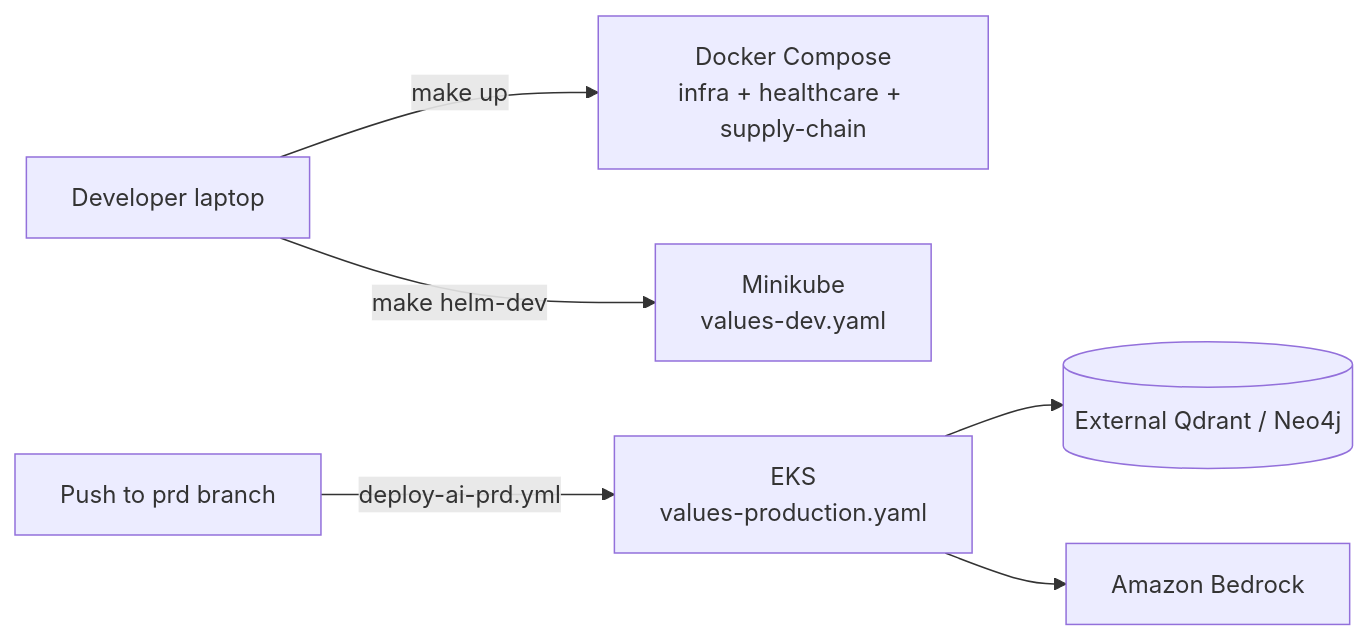
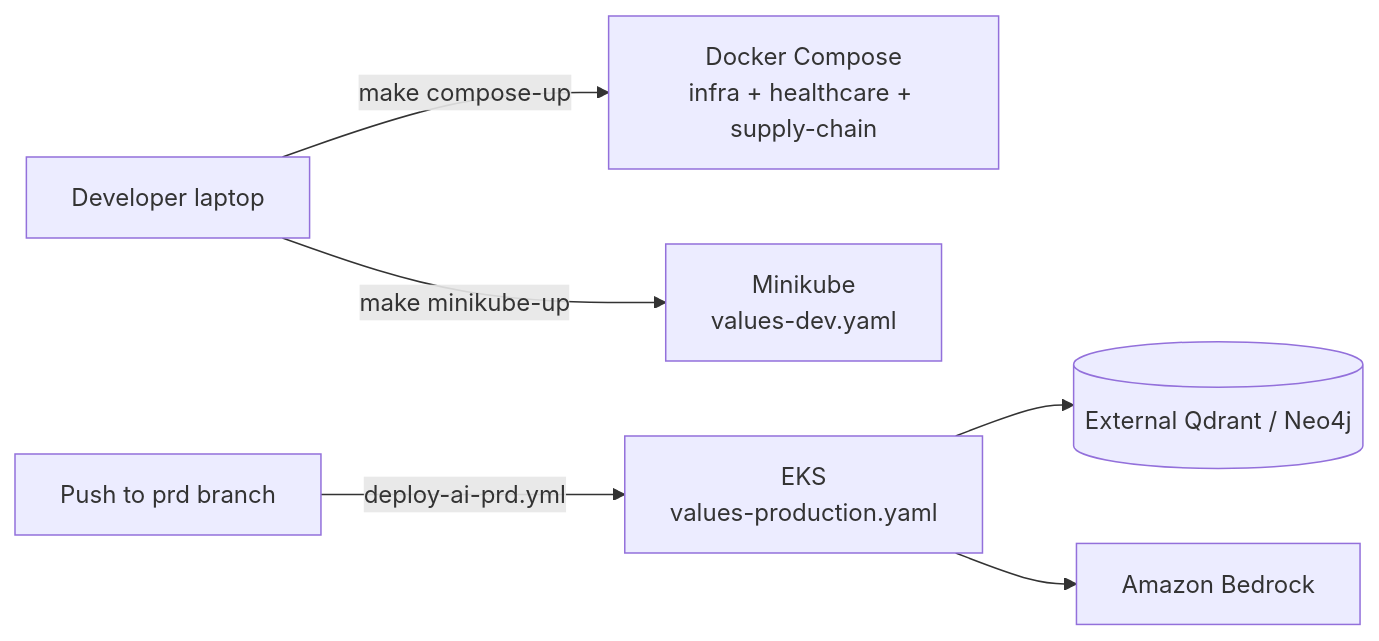
The diagram in docs/03_platform_blueprint.md (wchen-dea/Agentic-AI-Healthcare-GraphRAG), drawn with Mermaid before and after one commit. The commit also changed other lines of this file and 7 other files, not shown here.

````diff
--- a/docs/03_platform_blueprint.md
+++ b/docs/03_platform_blueprint.md
@@ -16,8 +16,8 @@
 ```mermaid
 flowchart LR
-    dev[Developer laptop] -->|make up| compose[Docker Compose<br/>infra + healthcare + supply-chain]
-    dev -->|make helm-dev| mk[Minikube<br/>values-dev.yaml]
+    dev[Developer laptop] -->|make compose-up| compose[Docker Compose<br/>infra + healthcare + supply-chain]
+    dev -->|make minikube-up| mk[Minikube<br/>values-dev.yaml]
     prd[Push to prd branch] -->|deploy-ai-prd.yml| eks[EKS<br/>values-production.yaml]
     eks --> ext[(External Qdrant / Neo4j)]
     eks --> bedrock[Amazon Bedrock]
 ```
````
